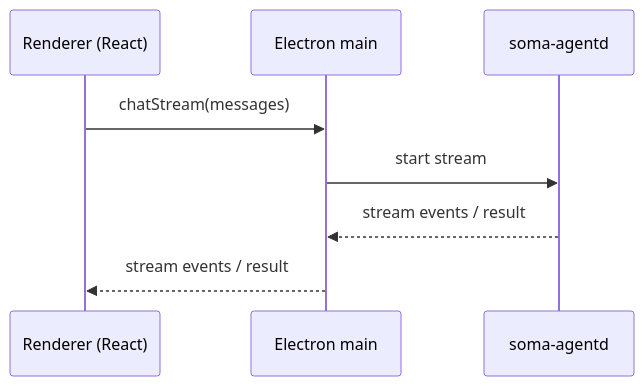
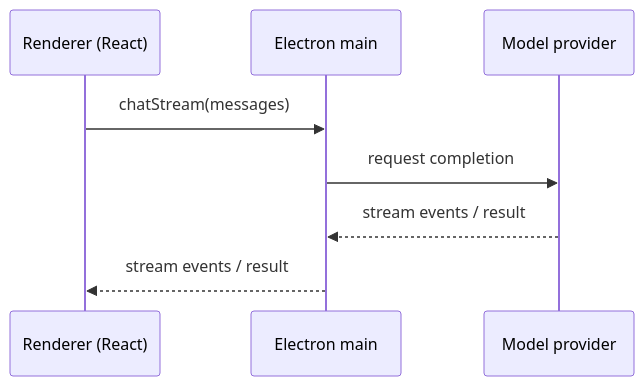
Before and after one commit to stephane-segning/soma: the fourth of 4 diagrams in docs/src/architecture/e2e-flows.md, drawn with Mermaid. The commit also changed other lines of this file and 35 other files, not shown here.

````diff
--- a/docs/src/architecture/e2e-flows.md
+++ b/docs/src/architecture/e2e-flows.md
@@ -101,11 +101,11 @@
 ```mermaid
 sequenceDiagram
   participant R as Renderer (React)
   participant M as Electron main
-  participant A as soma-agentd
+  participant P as Model provider
 
   R->>M: chatStream(messages)
-  M->>A: start stream
-  A-->>M: stream events / result
+  M->>P: request completion
+  P-->>M: stream events / result
   M-->>R: stream events / result
 ```
````
